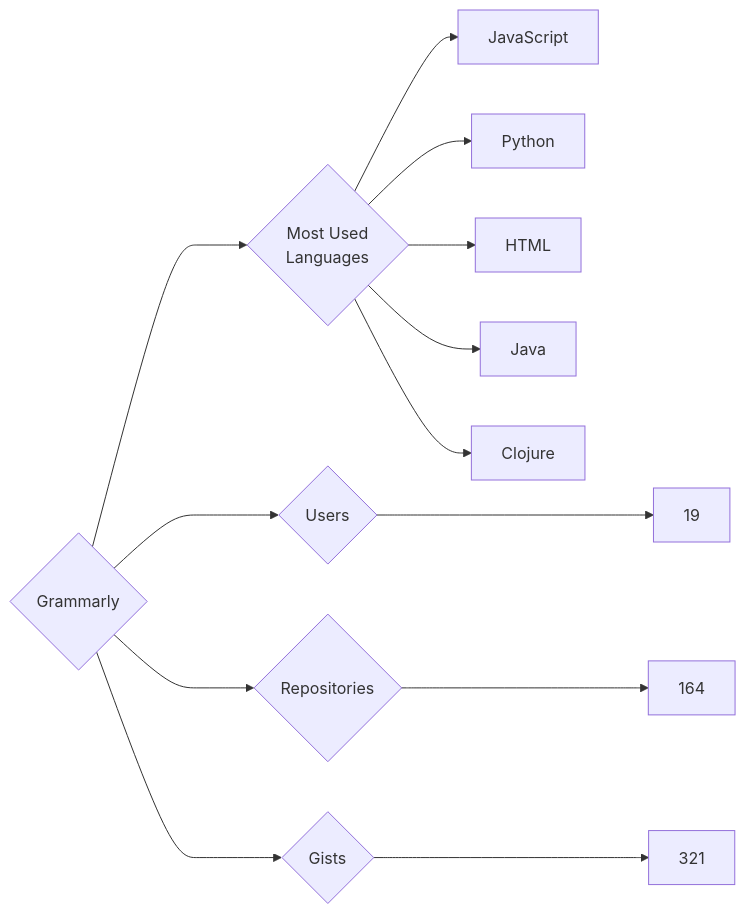
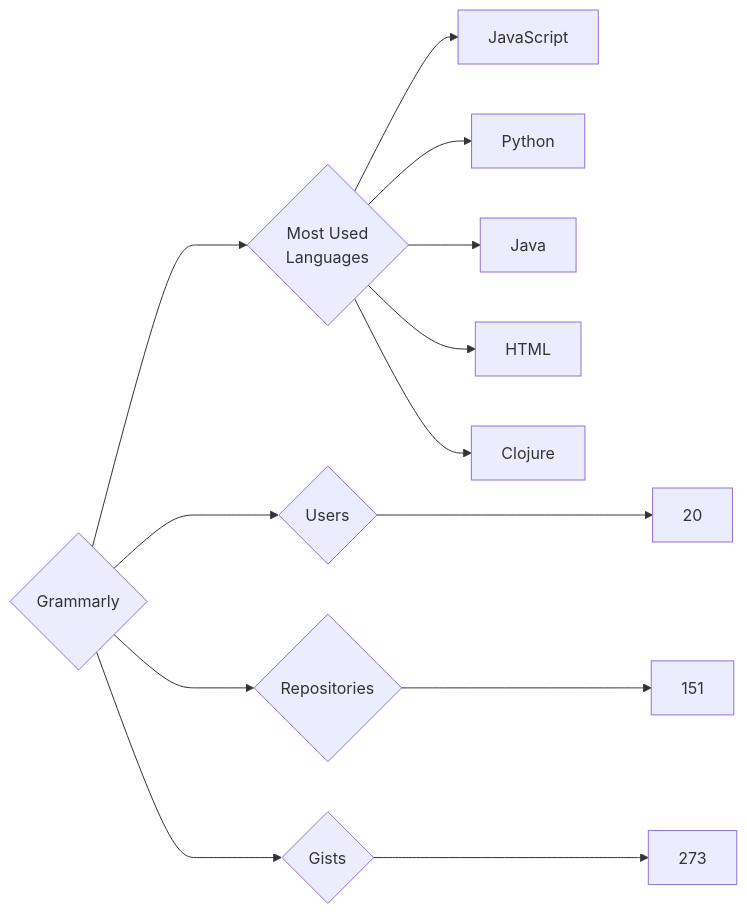
Before and after one commit to trickest/insiders: the diagram in targets/Grammarly/README.md, drawn with Mermaid. The commit also changed 870 other files, not shown here.

````diff
--- a/targets/Grammarly/README.md
+++ b/targets/Grammarly/README.md
@@ -3,13 +3,13 @@
 ```mermaid
 graph LR
 COMPANY_NAME{Grammarly}
-COMPANY_NAME ---> U{Users} ---> UN[19]
-COMPANY_NAME ---> R{Repositories} ---> RN[164]
-COMPANY_NAME ---> G{Gists} ---> GN[321]
+COMPANY_NAME ---> U{Users} ---> UN[20]
+COMPANY_NAME ---> R{Repositories} ---> RN[151]
+COMPANY_NAME ---> G{Gists} ---> GN[273]
 COMPANY_NAME ---> ML{Most Used<br>Languages}
 ML --> JavaScript[JavaScript]
 ML --> Python[Python]
+ML --> Java[Java]
 ML --> HTML[HTML]
-ML --> Java[Java]
 ML --> Clojure[Clojure]
 ```
````
